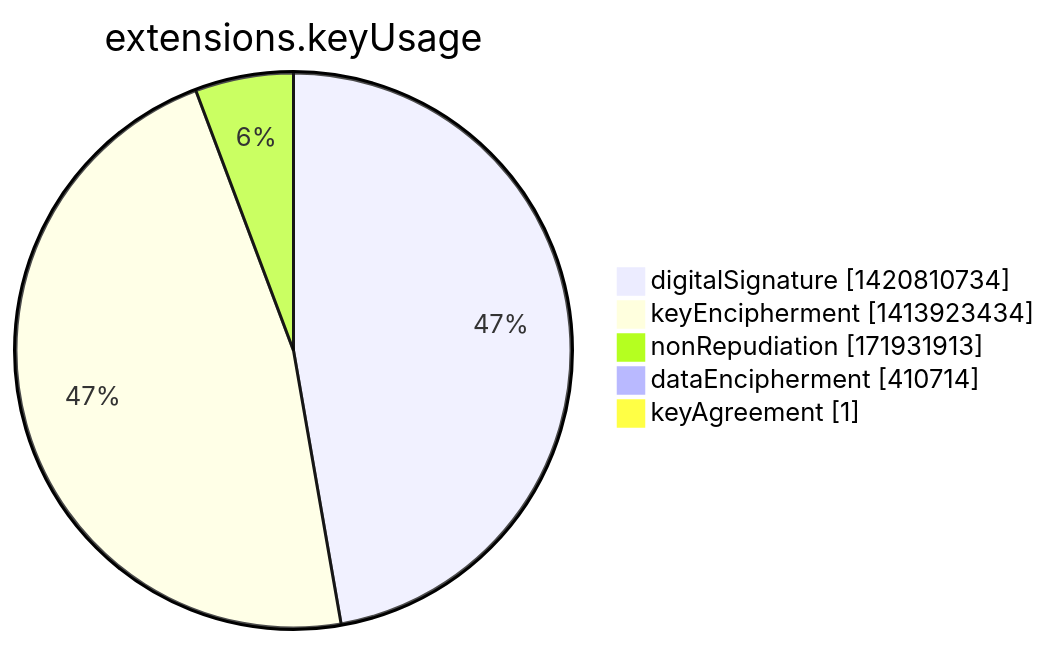
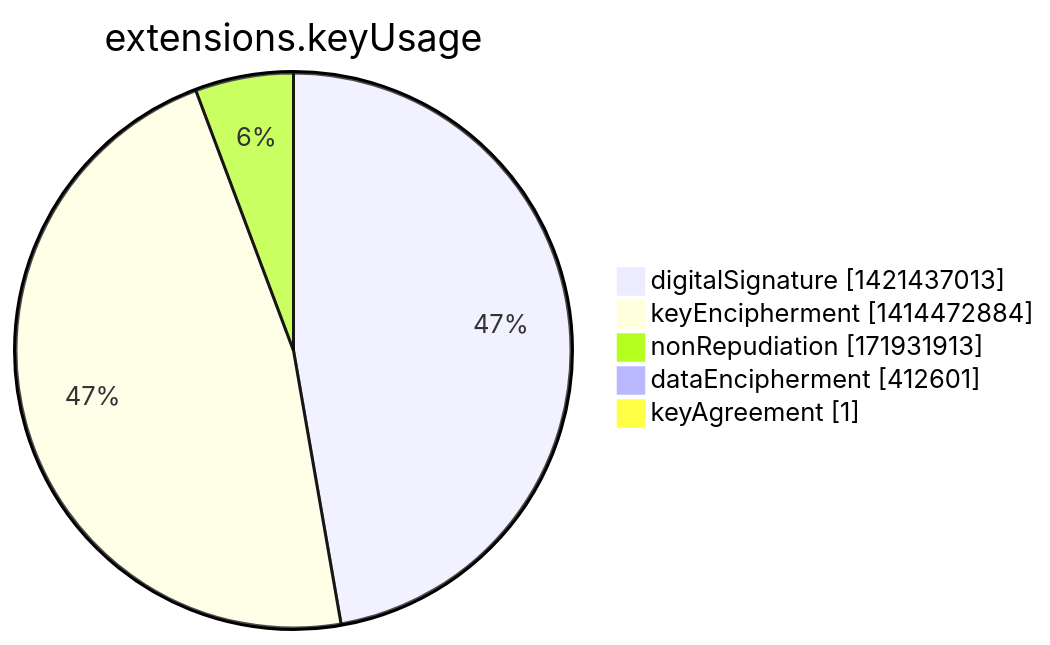
Before and after one commit to christiankrug/ctmonitor_visualization: the seventh of 15 diagrams in argon2022/README.md, drawn with Mermaid. The commit also changed other lines of this file, not shown here.

````diff
--- a/argon2022/README.md
+++ b/argon2022/README.md
@@ -2751,9 +2751,9 @@
 ```mermaid
 pie showData
 title extensions.keyUsage
-"digitalSignature" :1420810734
-"keyEncipherment" :1413923434
+"digitalSignature" :1421437013
+"keyEncipherment" :1414472884
 "nonRepudiation" :171931913
-"dataEncipherment" :410714
+"dataEncipherment" :412601
 "keyAgreement" :1
 ```
````
